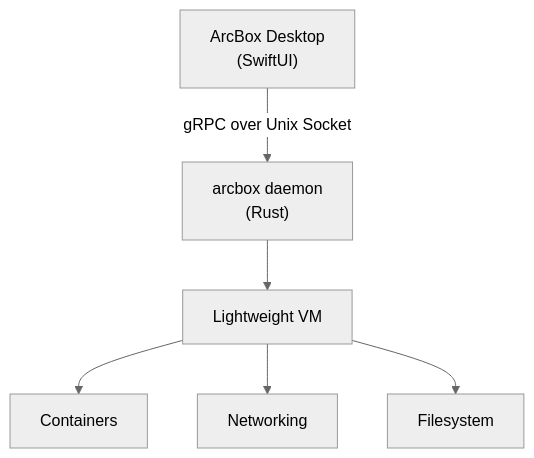
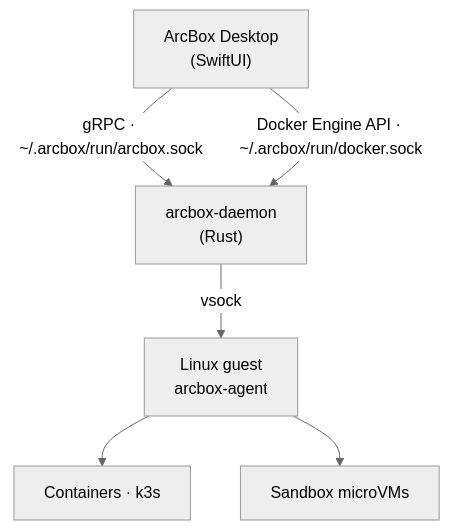
The diagram in content/docs/desktop/index.mdx (arcboxlabs/websites), drawn with Mermaid (neutral theme) before and after one commit. The commit also changed other lines of this file and 39 other files, not shown here.

````diff
--- a/content/docs/desktop/index.mdx
+++ b/content/docs/desktop/index.mdx
@@ -35,8 +34,8 @@
 ```mermaid
 graph TD
-    A["ArcBox Desktop<br/>(SwiftUI)"] -- "gRPC over Unix Socket" --> B["arcbox daemon<br/>(Rust)"]
-    B --> C["Lightweight VM"]
-    C --> D["Containers"]
-    C --> E["Networking"]
-    C --> F["Filesystem"]
+    A["ArcBox Desktop<br/>(SwiftUI)"] -- "gRPC · ~/.arcbox/run/arcbox.sock" --> B["arcbox-daemon<br/>(Rust)"]
+    A -- "Docker Engine API · ~/.arcbox/run/docker.sock" --> B
+    B -- "vsock" --> C["Linux guest<br/>arcbox-agent"]
+    C --> D["Containers · k3s"]
+    C --> E["Sandbox microVMs"]
 ```
````
